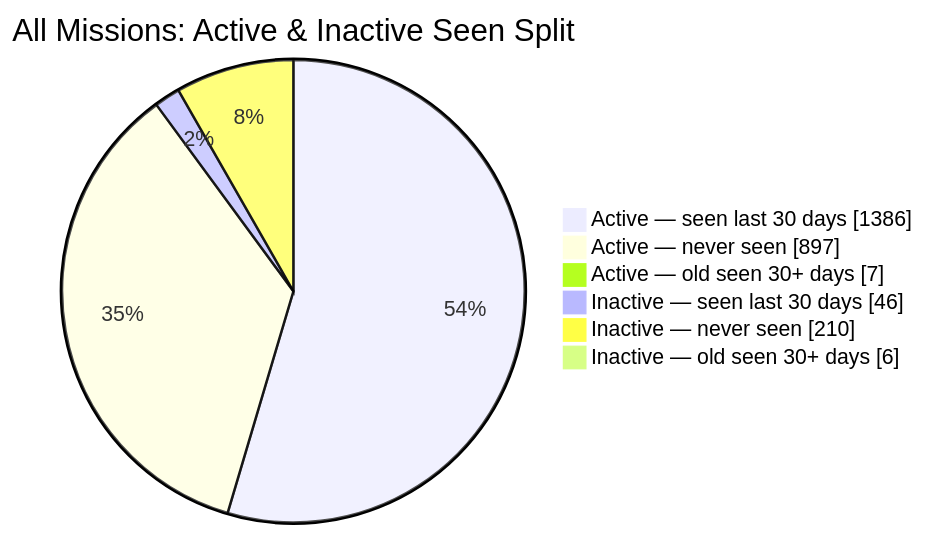
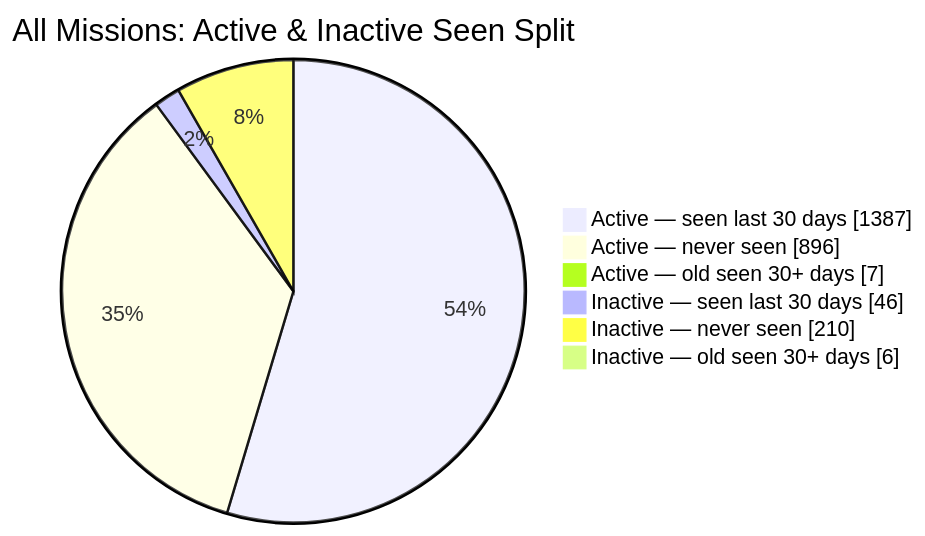
Before and after one commit to MeldkamerspelGameTeam/active-missions: the second of 2 diagrams in README.md, drawn with Mermaid. The commit also changed other lines of this file and 2 other files, not shown here.

````diff
--- a/README.md
+++ b/README.md
@@ -44,10 +44,10 @@
 ```mermaid
 pie showData
     title All Missions: Active & Inactive Seen Split
-    "Active — seen last 30 days" : 1386
-    "Active — never seen" : 897
+    "Active — seen last 30 days" : 1387
+    "Active — never seen" : 896
     "Active — old seen 30+ days" : 7
     "Inactive — seen last 30 days" : 46
     "Inactive — never seen" : 210
     "Inactive — old seen 30+ days" : 6
 ```
````
